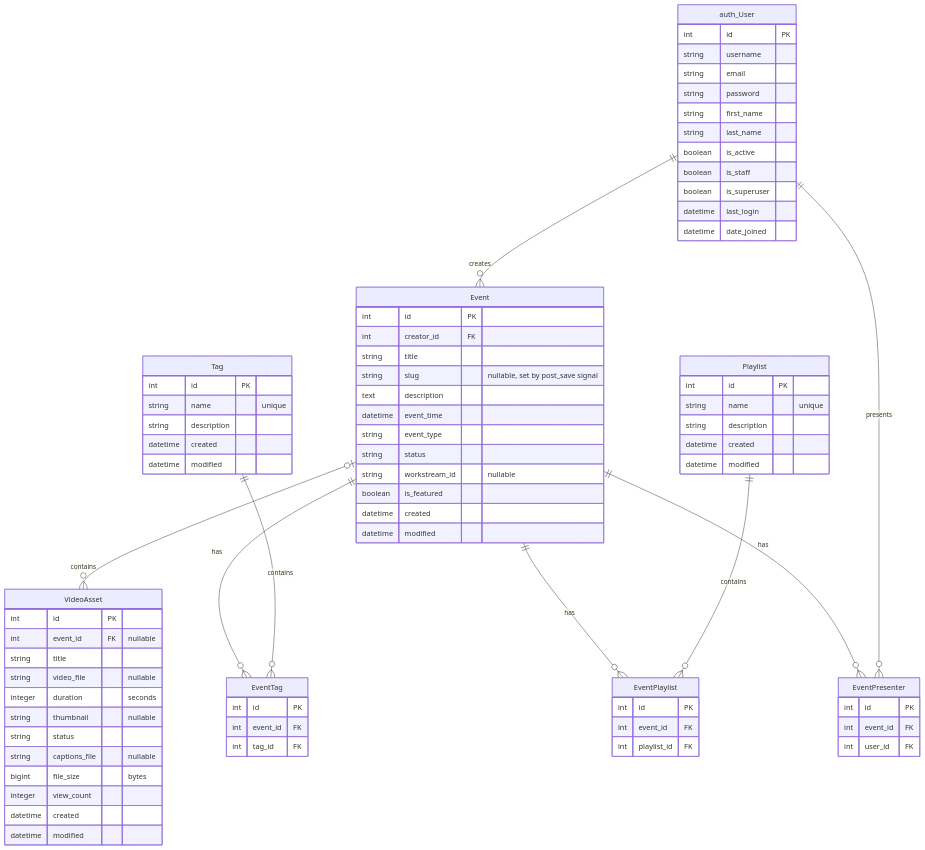
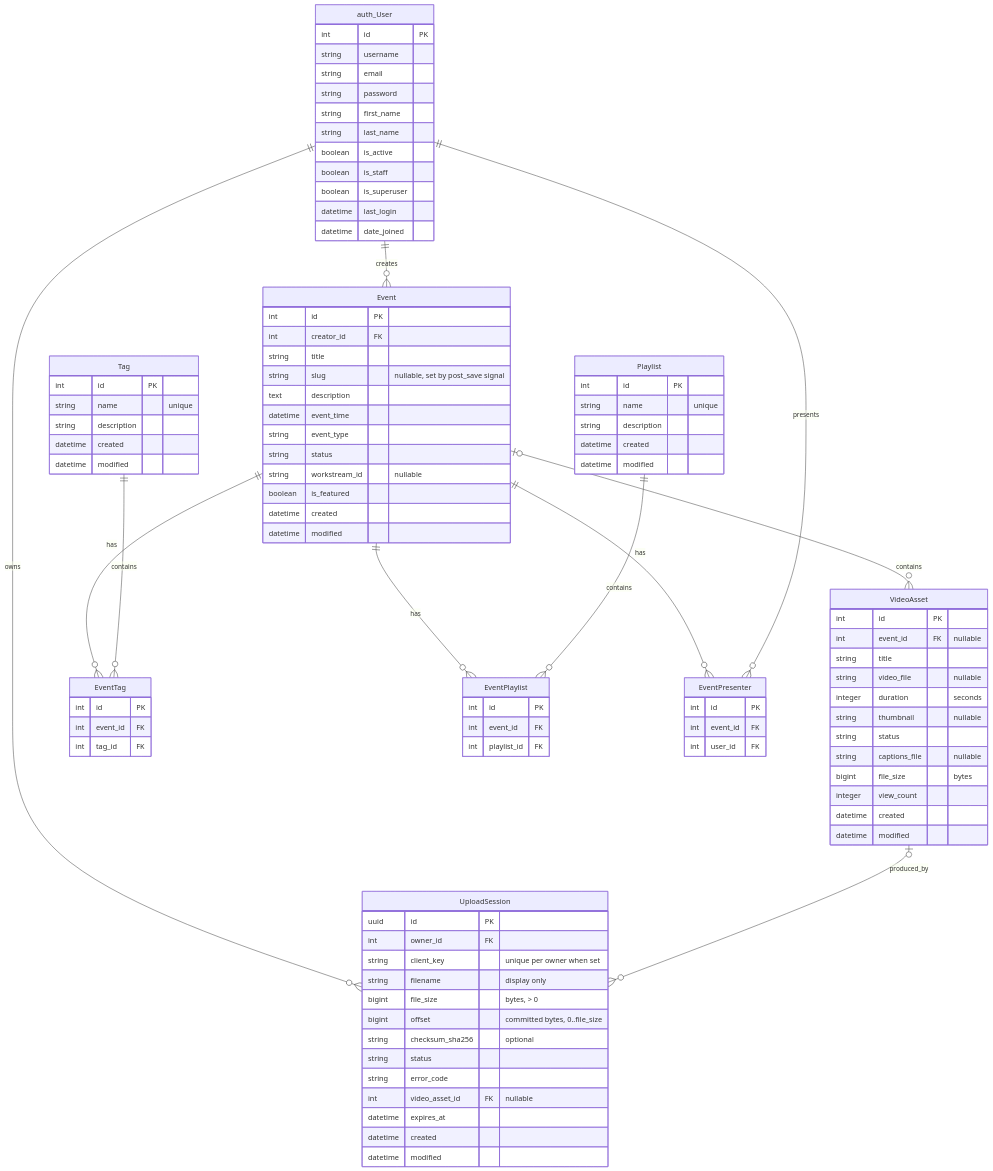
One commit to arbisoft/session-portal-backend changed the diagram in DATABASE_DESIGN.md. Above: the diagram before and after it, drawn with Mermaid. The commit also changed other lines of this file and 23 other files, not shown here.

```diff
--- a/DATABASE_DESIGN.md
+++ b/DATABASE_DESIGN.md
@@ -3,6 +3,8 @@
 erDiagram
     auth_User ||--o{ Event : creates
     Event |o--o{ VideoAsset : contains
+    auth_User ||--o{ UploadSession : owns
+    VideoAsset |o--o{ UploadSession : produced_by
     Event ||--o{ EventTag : has
     Tag ||--o{ EventTag : contains
     Event ||--o{ EventPlaylist : has
@@ -55,6 +57,22 @@
         string captions_file "nullable"
         bigint file_size "bytes"
         integer view_count
+        datetime created
+        datetime modified
+    }
+
+    UploadSession {
+        uuid id PK
+        int owner_id FK
+        string client_key "unique per owner when set"
+        string filename "display only"
+        bigint file_size "bytes, > 0"
+        bigint offset "committed bytes, 0..file_size"
+        string checksum_sha256 "optional"
+        string status
+        string error_code
+        int video_asset_id FK "nullable"
+        datetime expires_at
         datetime created
         datetime modified
     }
```
